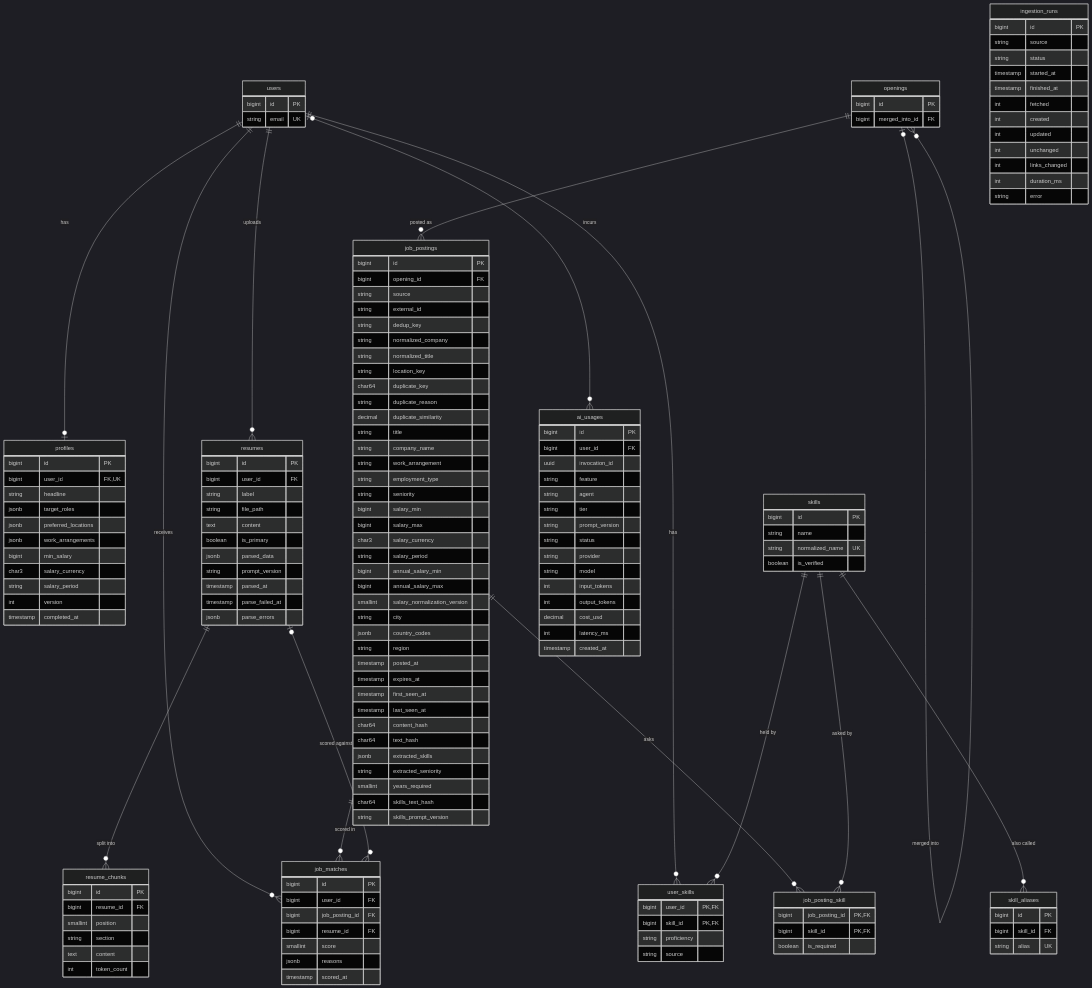
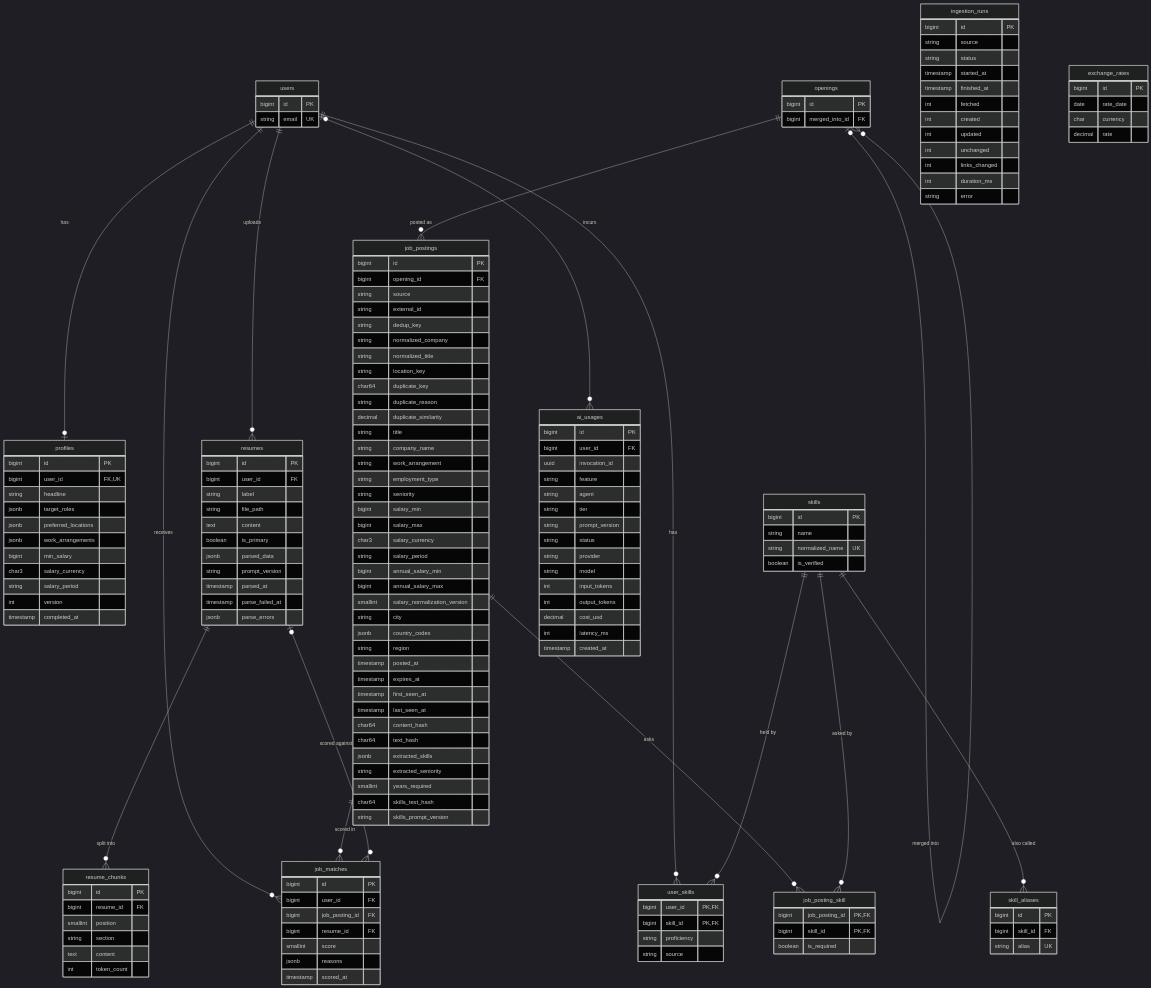
One commit to nugi/ai-career-copilot changed the diagram in docs/erd.md. Above: the diagram before and after it, drawn with Mermaid (dark theme). The commit also changed other lines of this file and 14 other files, not shown here.

First line of the commit message:
feat(jobs): store daily exchange rates (#56)

````diff
--- a/docs/erd.md
+++ b/docs/erd.md
@@ -162,4 +162,10 @@
         int duration_ms
         string error
     }
+    exchange_rates {
+        bigint id PK
+        date rate_date
+        char currency
+        decimal rate
+    }
 ```
````
